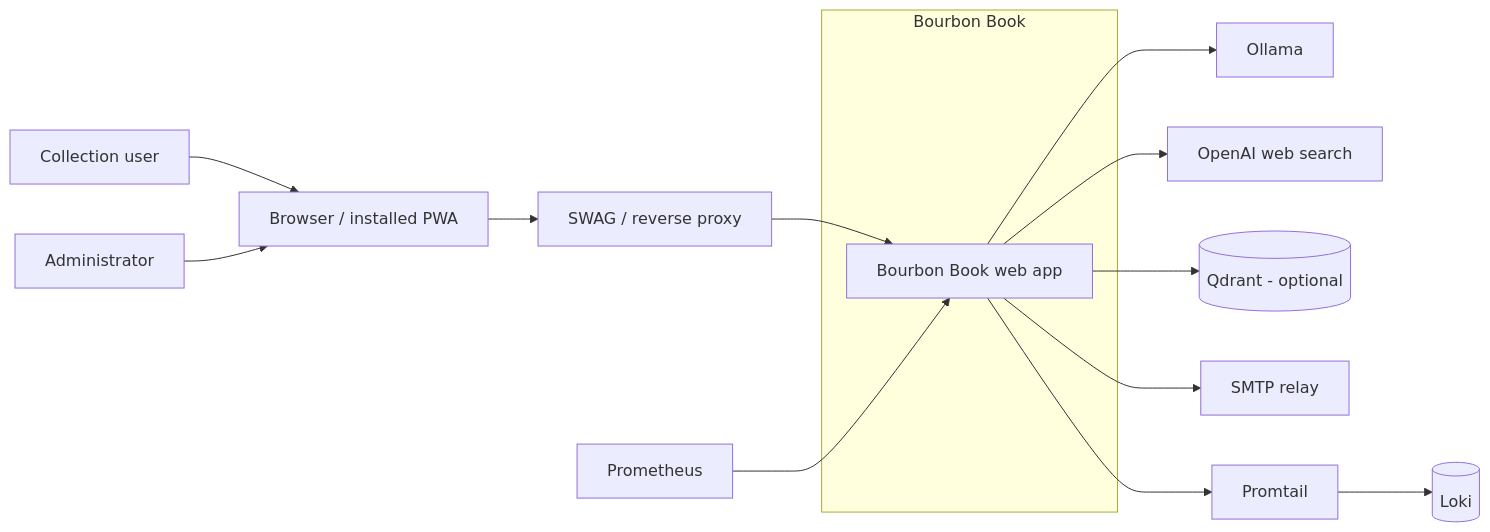
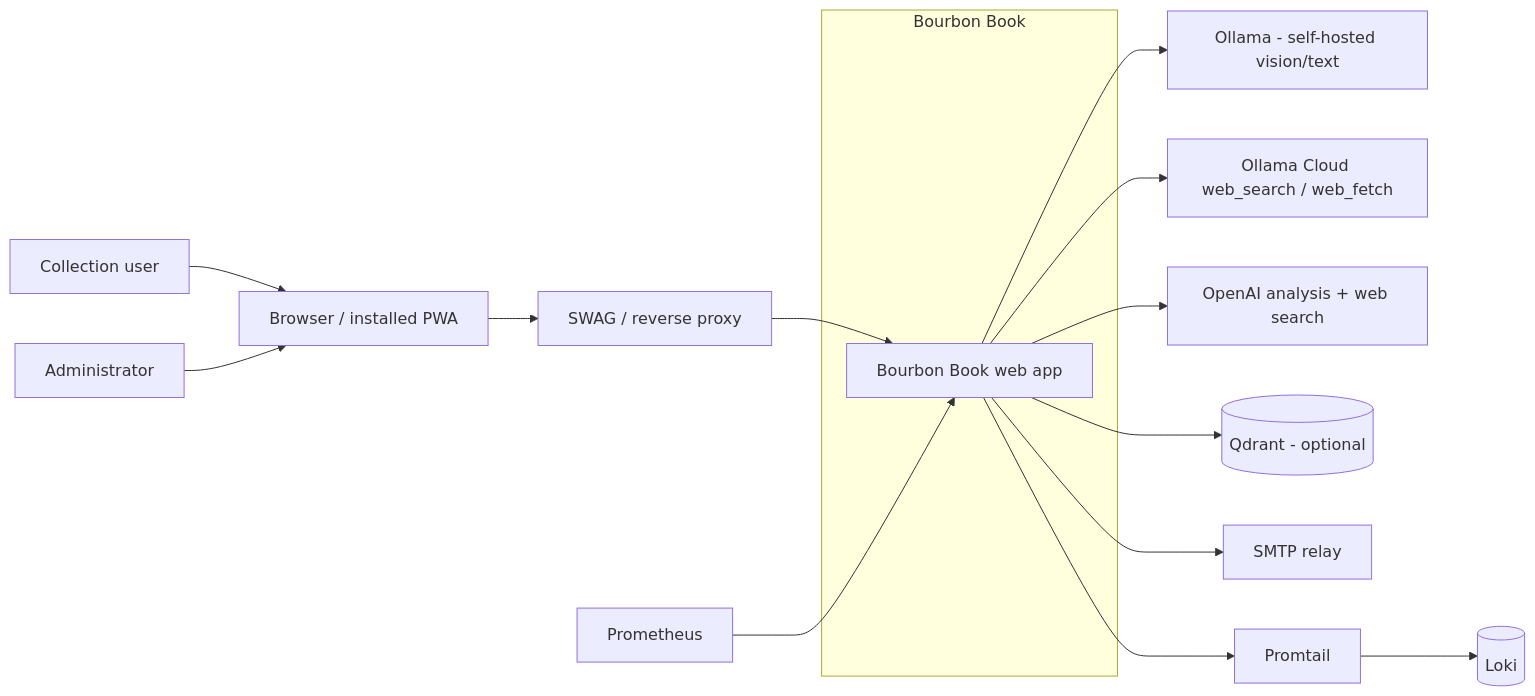
One commit to adhatcher-org/bourbonbook changed the diagram in docs/architecture/c1-system-context.md. Above: the diagram before and after it, drawn with Mermaid. The commit also changed other lines of this file and 21 other files, not shown here.

````diff
--- a/docs/architecture/c1-system-context.md
+++ b/docs/architecture/c1-system-context.md
@@ -13,31 +13,33 @@
 ```mermaid
 flowchart LR
   user[Collection user]
   admin[Administrator]
   browser[Browser / installed PWA]
 
   subgraph bourbon["Bourbon Book"]
     app[Bourbon Book web app]
   end
 
   swag[SWAG / reverse proxy]
-  ollama[Ollama]
-  openai[OpenAI web search]
+  ollama[Ollama - self-hosted vision/text]
+  ollama_cloud[Ollama Cloud web_search / web_fetch]
+  openai[OpenAI analysis + web search]
   qdrant[(Qdrant - optional)]
   smtp[SMTP relay]
   prometheus[Prometheus]
   promtail[Promtail]
   loki[(Loki)]
 
   user --> browser
   admin --> browser
   browser --> swag --> app
 
   app --> ollama
+  app --> ollama_cloud
   app --> openai
   app --> qdrant
   app --> smtp
 
   prometheus --> app
   app --> promtail --> loki
 ```
````
